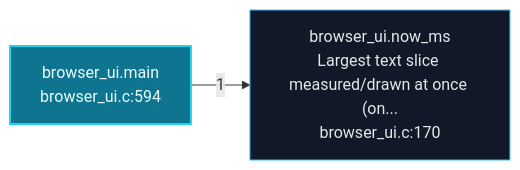
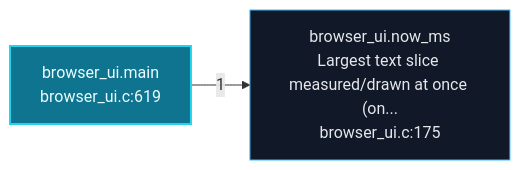
One commit to grisuno/FreeDom changed the second of 6 diagrams in readmenator-apidocs/architecture.md. Above: the diagram before and after it, drawn with Mermaid. The commit also changed other lines of this file and 423 other files, not shown here.

````diff
--- a/readmenator-apidocs/architecture.md
+++ b/readmenator-apidocs/architecture.md
@@ -100,8 +103,8 @@
 ```mermaid
 flowchart LR
     classDef default fill:#111827,stroke:#38bdf8,color:#e5e7eb;
     classDef entry fill:#0e7490,stroke:#22d3ee,color:#ecfeff,stroke-width:2px;
-    n_gui_browser_ui_c__main["browser_ui.main<br/>browser_ui.c:594"]:::entry
-    n_gui_browser_ui_c__now_ms["browser_ui.now_ms<br/>Largest text slice measured/drawn at once (on...<br/>browser_ui.c:170"]:::default
+    n_gui_browser_ui_c__main["browser_ui.main<br/>browser_ui.c:619"]:::entry
+    n_gui_browser_ui_c__now_ms["browser_ui.now_ms<br/>Largest text slice measured/drawn at once (on...<br/>browser_ui.c:175"]:::default
     n_gui_browser_ui_c__main -->|"1"| n_gui_browser_ui_c__now_ms
 ```
````
